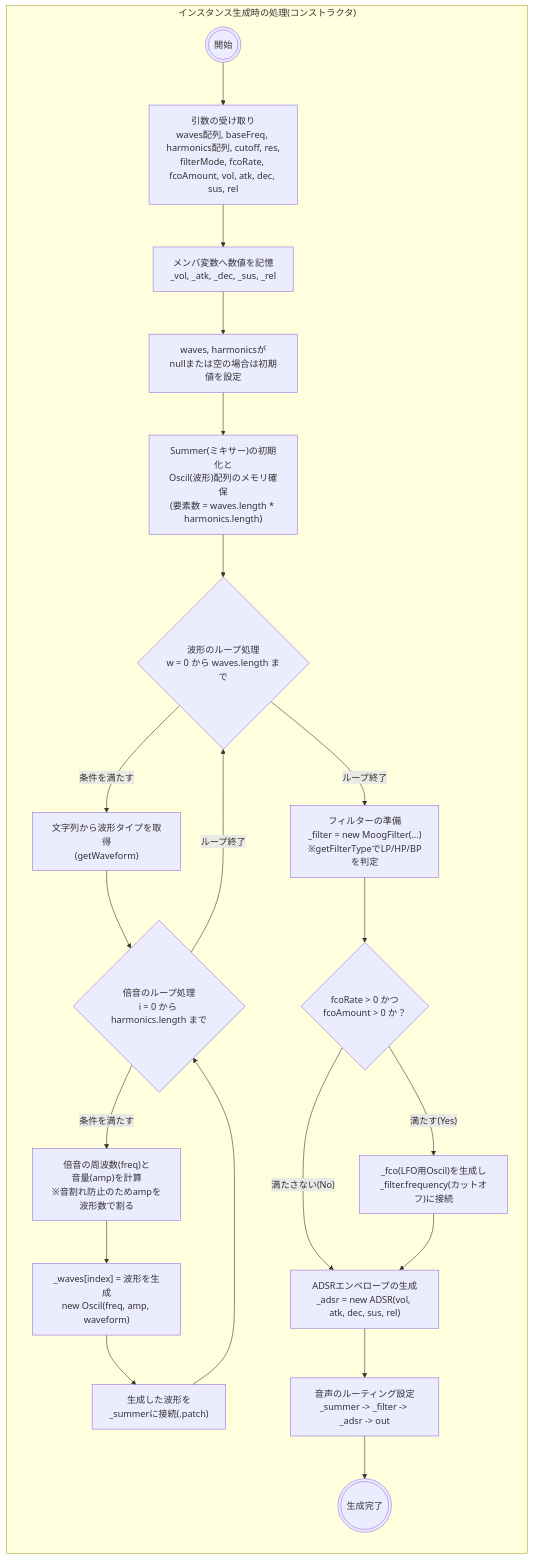
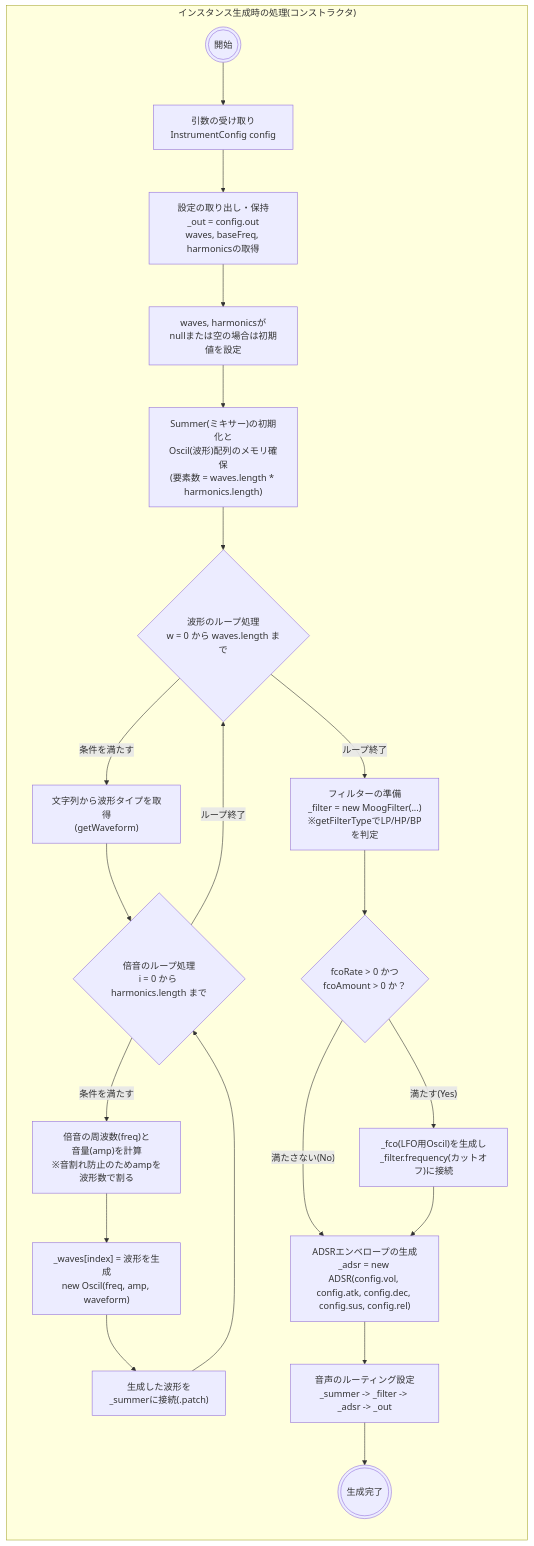
Before and after one commit to codenameFKR/hakkason: the diagram in InstrumentModule_constructor.md, drawn with Mermaid. The commit also changed 9 other files, not shown here.

````diff
--- a/InstrumentModule_constructor.md
+++ b/InstrumentModule_constructor.md
@@ -1,44 +1,44 @@
 ```mermaid
 
 graph TD;
     %% コンストラクタの処理フロー
     subgraph Constructor ["<span style='white-space: nowrap;'>インスタンス生成時の処理(コンストラクタ)</span>"]
     direction TB
-        Start((("開始"))) --> Args["引数の受け取り<br>waves配列, baseFreq, harmonics配列, cutoff, res,<br>filterMode, fcoRate, fcoAmount, vol, atk, dec, sus, rel"]
+        Start((("開始"))) --> Args["引数の受け取り<br>InstrumentConfig config"]
         
-        Args --> Assign["メンバ変数へ数値を記憶<br>_vol, _atk, _dec, _sus, _rel"]
+        Args --> Extract["設定の取り出し・保持<br>_out = config.out<br>waves, baseFreq, harmonicsの取得"]
         
-        Assign --> CheckNulls["waves, harmonicsが<br>nullまたは空の場合は初期値を設定"]
+        Extract --> CheckNulls["waves, harmonicsが<br>nullまたは空の場合は初期値を設定"]
         
         CheckNulls --> InitSummer["Summer(ミキサー)の初期化と<br>Oscil(波形)配列のメモリ確保<br>(要素数 = waves.length * harmonics.length)"]
         
         InitSummer --> OuterLoopStart{"波形のループ処理<br>w = 0 から waves.length まで"}
         
         OuterLoopStart -- 条件を満たす --> GetWaveType["文字列から波形タイプを取得<br>(getWaveform)"]
         
         GetWaveType --> InnerLoopStart{"倍音のループ処理<br>i = 0 から harmonics.length まで"}
         
         InnerLoopStart -- 条件を満たす --> Calc["倍音の周波数(freq)と<br>音量(amp)を計算<br>※音割れ防止のためampを波形数で割る"]
         
         Calc --> CreateOscil["_waves[index] = 波形を生成<br>new Oscil(freq, amp, waveform)"]
         
         CreateOscil --> PatchSummer["生成した波形を<br>_summerに接続(.patch)"]
         
         PatchSummer --> InnerLoopStart
         
         InnerLoopStart -- ループ終了 --> OuterLoopStart
         
         OuterLoopStart -- ループ終了 --> FilterInit["フィルターの準備<br>_filter = new MoogFilter(...)<br>※getFilterTypeでLP/HP/BPを判定"]
         
         FilterInit --> CheckFCO{"fcoRate > 0 かつ<br>fcoAmount > 0 か？"}
         
         CheckFCO -- 満たす(Yes) --> SetupFCO["_fco(LFO用Oscil)を生成し<br>_filter.frequency(カットオフ)に接続"]
-        CheckFCO -- 満たさない(No) --> ADSRInit["ADSRエンベロープの生成<br>_adsr = new ADSR(vol, atk, dec, sus, rel)"]
+        CheckFCO -- 満たさない(No) --> ADSRInit["ADSRエンベロープの生成<br>_adsr = new ADSR(config.vol, config.atk, config.dec, config.sus, config.rel)"]
         SetupFCO --> ADSRInit
         
-        ADSRInit --> PatchFinal["音声のルーティング設定<br>_summer -> _filter -> _adsr -> out"]
+        ADSRInit --> PatchFinal["音声のルーティング設定<br>_summer -> _filter -> _adsr -> _out"]
         
         PatchFinal --> End1((("生成完了")))
     end
 
 ```
````
